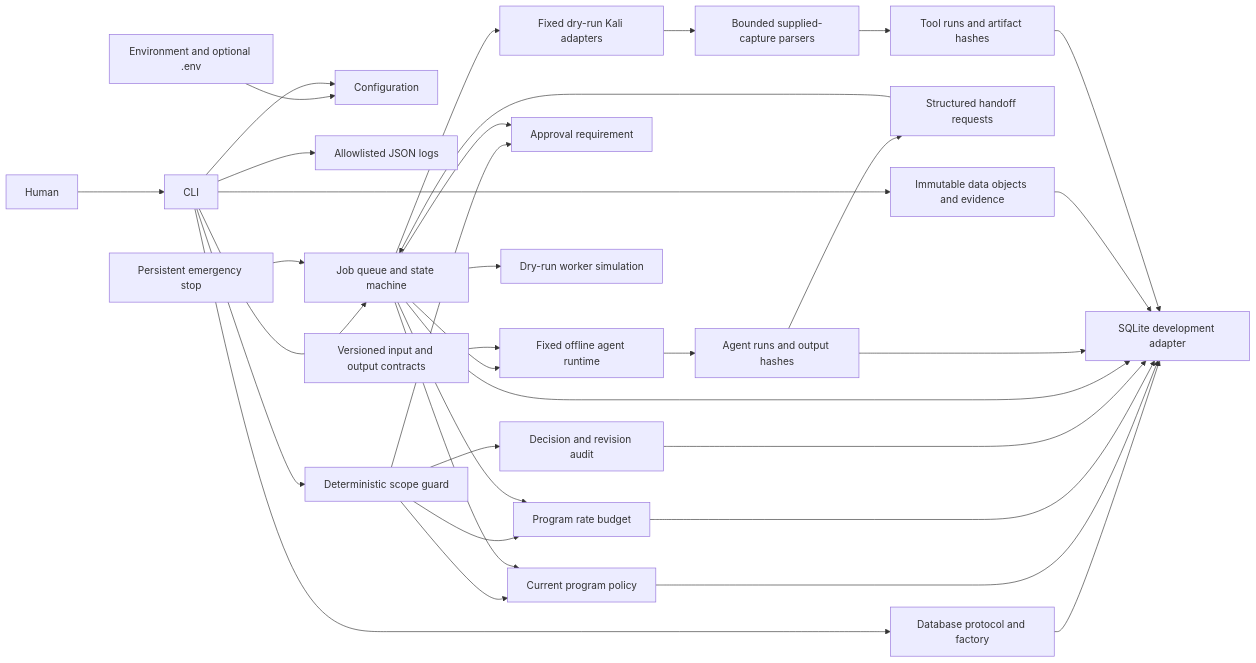
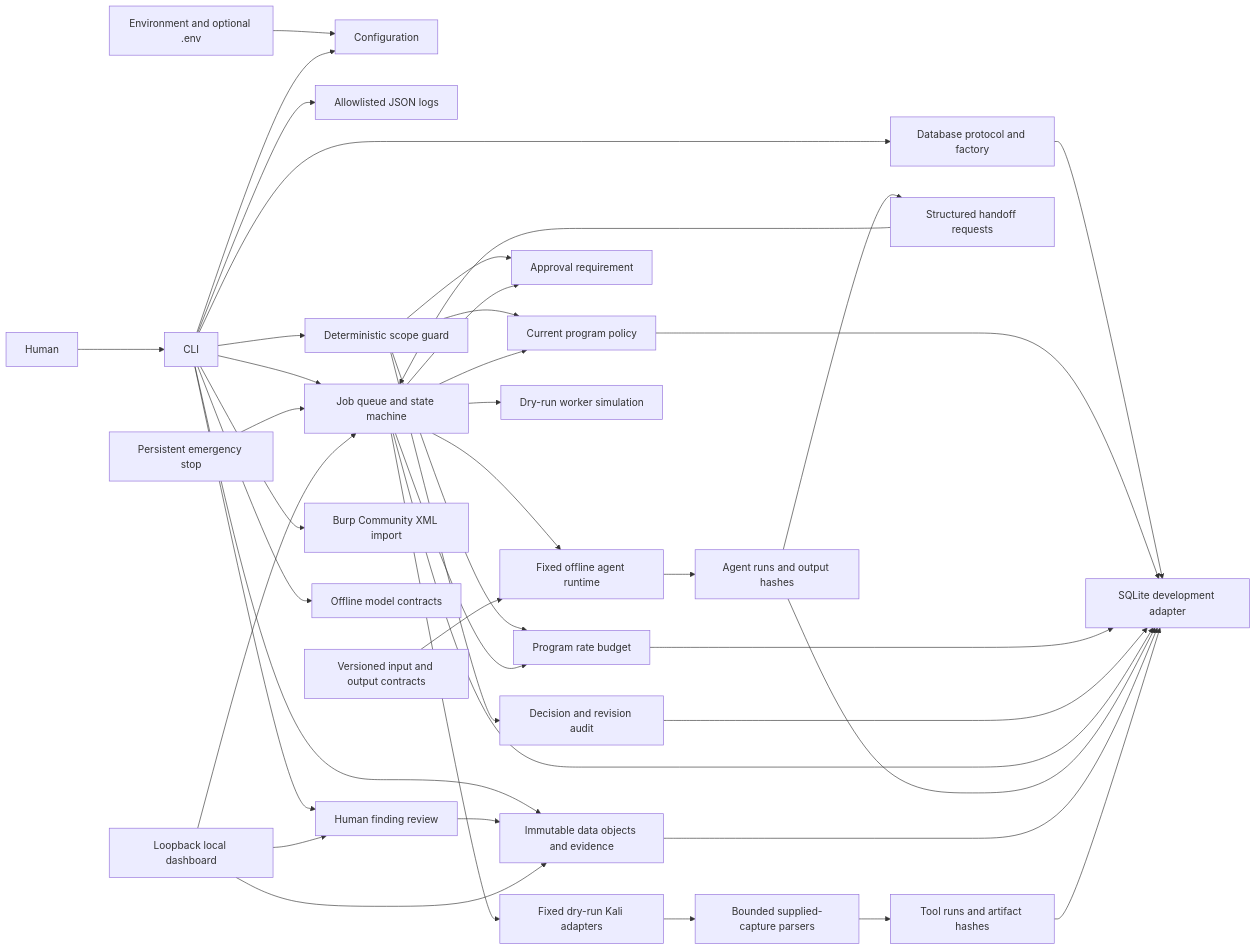
Before and after one commit to anich04/ai-bug-bounty-awareness-: the diagram in docs/architecture.md, drawn with Mermaid. The commit also changed other lines of this file and 16 other files, not shown here.

Commit message:
Add local dashboard and evidence-backed passive traffic analysis

````diff
--- a/docs/architecture.md
+++ b/docs/architecture.md
@@ -3,36 +3,43 @@
 ```mermaid
 flowchart LR
     Human --> CLI
     Environment[Environment and optional .env] --> Configuration
     CLI --> Configuration
     CLI --> Logging[Allowlisted JSON logs]
     CLI --> Boundary[Database protocol and factory]
     Boundary --> SQLite[SQLite development adapter]
     CLI --> Guard[Deterministic scope guard]
     Guard --> Policies[Current program policy]
     Guard --> Budget[Program rate budget]
     Guard --> Approval[Approval requirement]
     Policies --> SQLite
     Budget --> SQLite
     Guard --> Audit[Decision and revision audit]
     Audit --> SQLite
     CLI --> Queue[Job queue and state machine]
     Queue --> Policies
     Queue --> Budget
     Queue --> Approval
     Queue --> SQLite
     Queue --> Simulation[Dry-run worker simulation]
     Stop[Persistent emergency stop] --> Queue
     Queue --> Runtime[Fixed offline agent runtime]
     Contracts[Versioned input and output contracts] --> Runtime
     Runtime --> Runs[Agent runs and output hashes]
     Runs --> SQLite
     Runs --> Handoffs[Structured handoff requests]
     Handoffs --> Queue
     CLI --> Data[Immutable data objects and evidence]
     Data --> SQLite
     Queue --> Tools[Fixed dry-run Kali adapters]
     Tools --> Captures[Bounded supplied-capture parsers]
     Captures --> ToolRuns[Tool runs and artifact hashes]
     ToolRuns --> SQLite
+    CLI --> Burp[Burp Community XML import]
+    CLI --> Models[Offline model contracts]
+    CLI --> Pipeline[Human finding review]
+    Pipeline --> Data
+    Dashboard[Loopback local dashboard] --> Pipeline
+    Dashboard --> Queue
+    Dashboard --> Data
 ```
````
